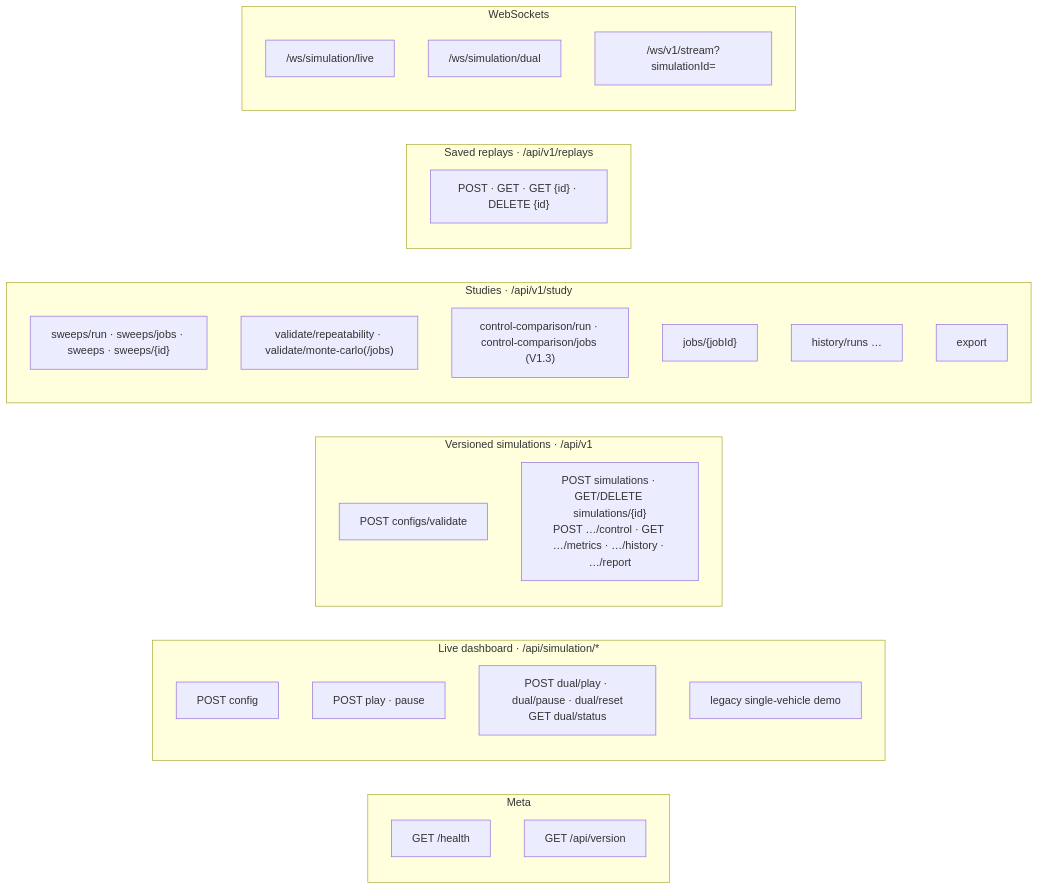
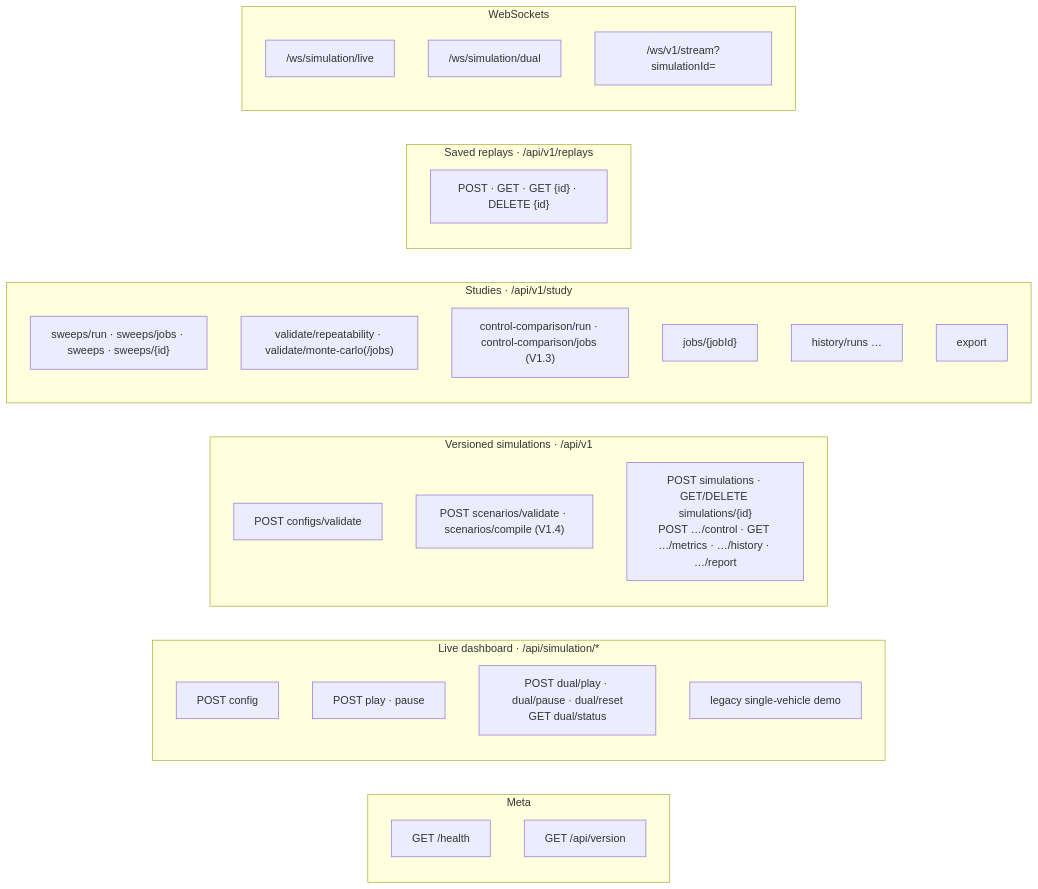
Before and after one commit to Viraj281105/Traffic-Simulation: the first of 3 diagrams in docs/api/README.md, drawn with Mermaid. The commit also changed other lines of this file and 5 other files, not shown here.

````diff
--- a/docs/api/README.md
+++ b/docs/api/README.md
@@ -45,33 +45,34 @@
 ```mermaid
 flowchart LR
     subgraph Meta
         H["GET /health"]
         VER["GET /api/version"]
     end
     subgraph Live["Live dashboard · /api/simulation/*"]
         CFG["POST config"]
         PLAY["POST play · pause"]
         DUAL["POST dual/play · dual/pause · dual/reset<br/>GET dual/status"]
         LEG["legacy single-vehicle demo"]
     end
     subgraph V1["Versioned simulations · /api/v1"]
         VAL["POST configs/validate"]
+        SCN["POST scenarios/validate · scenarios/compile (V1.4)"]
         SIM["POST simulations · GET/DELETE simulations/{id}<br/>POST …/control · GET …/metrics · …/history · …/report"]
     end
     subgraph Study["Studies · /api/v1/study"]
         SW["sweeps/run · sweeps/jobs · sweeps · sweeps/{id}"]
         VALD["validate/repeatability · validate/monte-carlo(/jobs)"]
         CC["control-comparison/run · control-comparison/jobs (V1.3)"]
         JOB["jobs/{jobId}"]
         HIST["history/runs …"]
         EXP["export"]
     end
     subgraph Saved["Saved replays · /api/v1/replays"]
         REP["POST · GET · GET {id} · DELETE {id}"]
     end
     subgraph WS["WebSockets"]
         W1["/ws/simulation/live"]
         W2["/ws/simulation/dual"]
         W3["/ws/v1/stream?simulationId="]
     end
 ```
````
